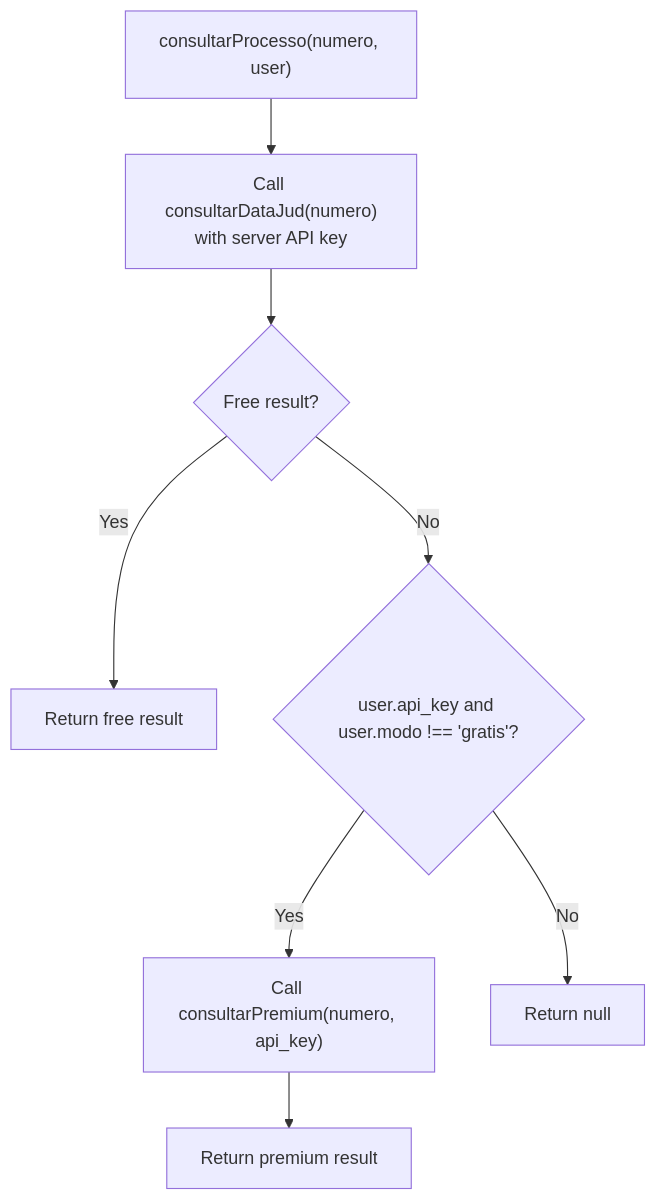
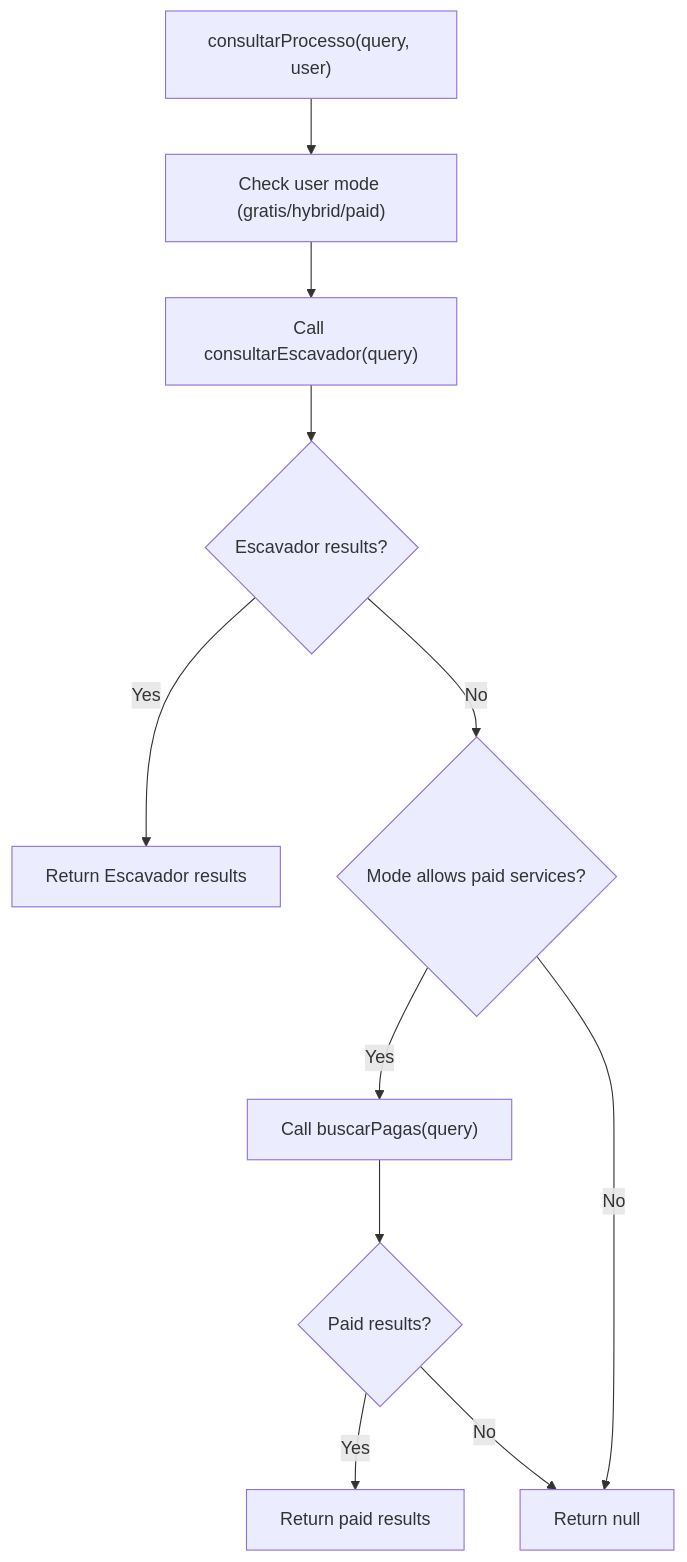
Before and after one commit to Alexandrexicara/bot-processos: the third of 4 diagrams in .qoder/repowiki/en/content/API Integration Layer/DataJud Free Service Integration.md, drawn with Mermaid. The commit also changed other lines of this file and 6 other files, not shown here.

````diff
--- a/.qoder/repowiki/en/content/API Integration Layer/DataJud Free Service Integration.md
+++ b/.qoder/repowiki/en/content/API Integration Layer/DataJud Free Service Integration.md
@@ -234,10 +197,13 @@
 ```mermaid
 flowchart TD
-A["consultarProcesso(numero, user)"] --> TryFree["Call consultarDataJud(numero)<br/>with server API key"]
-TryFree --> FreeOk{"Free result?"}
-FreeOk --> |Yes| ReturnFree["Return free result"]
-FreeOk --> |No| CheckMode{"user.api_key and user.modo !== 'gratis'?"}
-CheckMode --> |Yes| CallPremium["Call consultarPremium(numero, api_key)"]
-CallPremium --> ReturnPremium["Return premium result"]
-CheckMode --> |No| ReturnNull["Return null"]
+A["consultarProcesso(query, user)"] --> CheckMode["Check user mode (gratis/hybrid/paid)"]
+CheckMode --> TryEscavador["Call consultarEscavador(query)"]
+TryEscavador --> EscavadorOk{"Escavador results?"}
+EscavadorOk --> |Yes| ReturnEscavador["Return Escavador results"]
+EscavadorOk --> |No| CheckPaid{"Mode allows paid services?"}
+CheckPaid --> |Yes| TryPaid["Call buscarPagas(query)"]
+TryPaid --> PaidOk{"Paid results?"}
+PaidOk --> |Yes| ReturnPaid["Return paid results"]
+PaidOk --> |No| ReturnNull["Return null"]
+CheckPaid --> |No| ReturnNull
 ```
````
